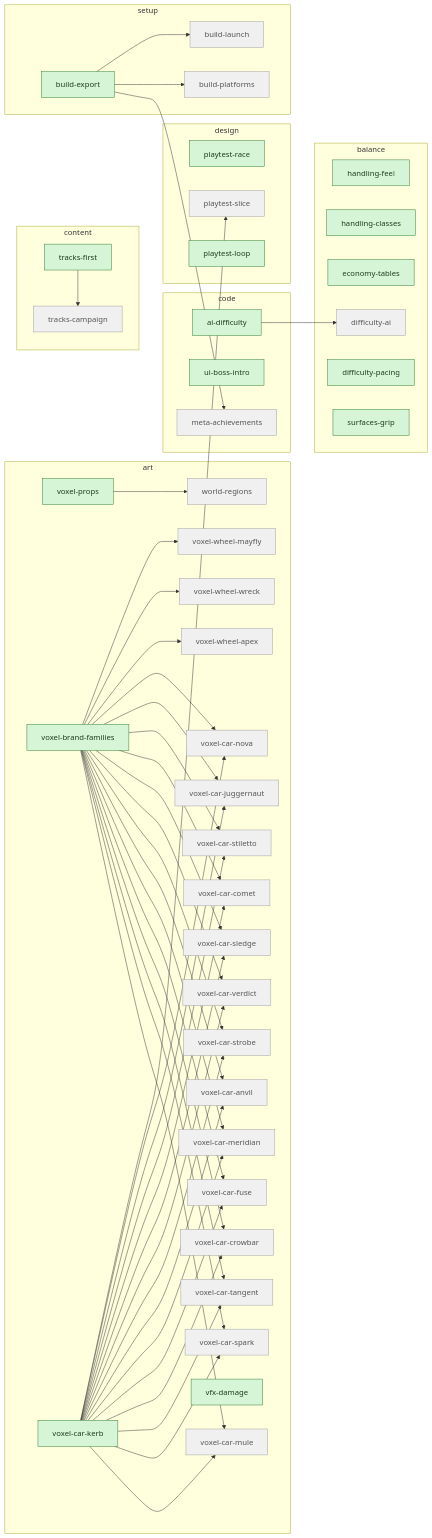
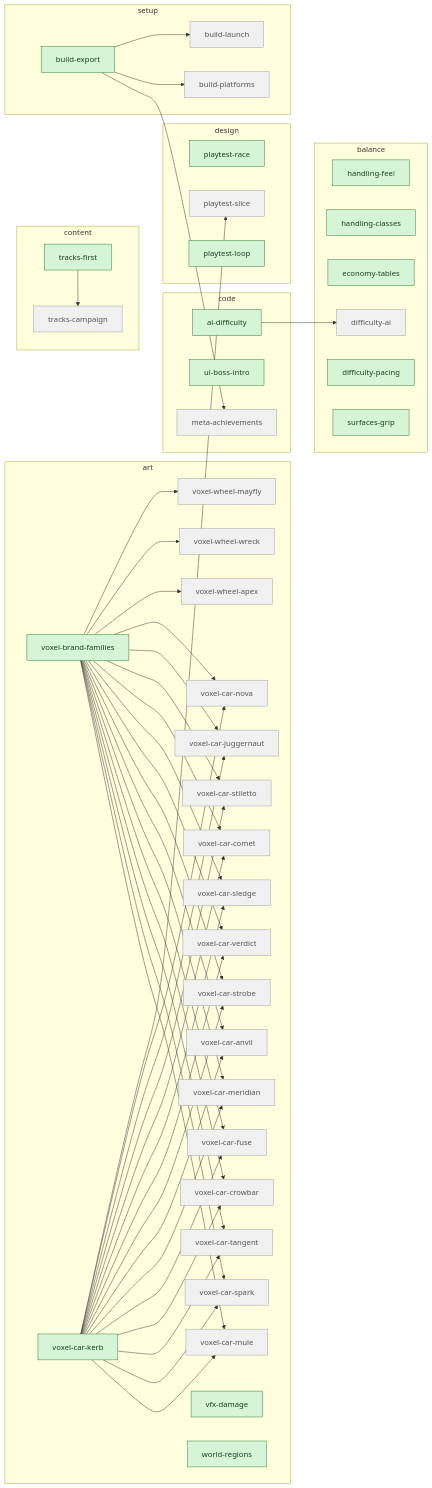
The third of 3 diagrams in STATUS.md (artemiiShabanov/RallyRivals), drawn with Mermaid before and after one commit. The commit also changed other lines of this file and 296 other files, not shown here.

````diff
--- a/STATUS.md
+++ b/STATUS.md
@@ -115,7 +114,6 @@
     code_meta_achievements["meta-achievements"]
   end
   subgraph art
-    art_voxel_props["voxel-props"]
     art_voxel_brand_families["voxel-brand-families"]
     art_voxel_car_kerb["voxel-car-kerb"]
     art_voxel_car_mule["voxel-car-mule"]
@@ -193,13 +191,12 @@
   art_voxel_brand_families --> art_voxel_wheel_apex
   art_voxel_brand_families --> art_voxel_wheel_wreck
   art_voxel_brand_families --> art_voxel_wheel_mayfly
-  art_voxel_props --> art_world_regions
   code_ai_difficulty --> balance_difficulty_ai
   art_voxel_car_kerb --> design_playtest_slice
   setup_build_export --> setup_build_platforms
   setup_build_export --> setup_build_launch
   classDef avail fill:#d6f5d6,stroke:#2e7d32,color:#1b3d1b;
   classDef blocked fill:#f0f0f0,stroke:#9e9e9e,color:#555;
-  class code_ai_difficulty,code_ui_boss_intro,content_tracks_first,art_voxel_props,art_voxel_brand_families,art_voxel_car_kerb,art_vfx_damage,balance_handling_feel,balance_handling_classes,balance_economy_tables,balance_difficulty_pacing,balance_surfaces_grip,design_playtest_race,design_playtest_loop,setup_build_export avail;
-  class code_meta_achievements,content_tracks_campaign,art_voxel_car_mule,art_voxel_car_spark,art_voxel_car_tangent,art_voxel_car_crowbar,art_voxel_car_fuse,art_voxel_car_meridian,art_voxel_car_anvil,art_voxel_car_strobe,art_voxel_car_verdict,art_voxel_car_sledge,art_voxel_car_comet,art_voxel_car_stiletto,art_voxel_car_juggernaut,art_voxel_car_nova,art_voxel_wheel_apex,art_voxel_wheel_wreck,art_voxel_wheel_mayfly,art_world_regions,balance_difficulty_ai,design_playtest_slice,setup_build_platforms,setup_build_launch blocked;
+  class code_ai_difficulty,code_ui_boss_intro,content_tracks_first,art_voxel_brand_families,art_voxel_car_kerb,art_vfx_damage,art_world_regions,balance_handling_feel,balance_handling_classes,balance_economy_tables,balance_difficulty_pacing,balance_surfaces_grip,design_playtest_race,design_playtest_loop,setup_build_export avail;
+  class code_meta_achievements,content_tracks_campaign,art_voxel_car_mule,art_voxel_car_spark,art_voxel_car_tangent,art_voxel_car_crowbar,art_voxel_car_fuse,art_voxel_car_meridian,art_voxel_car_anvil,art_voxel_car_strobe,art_voxel_car_verdict,art_voxel_car_sledge,art_voxel_car_comet,art_voxel_car_stiletto,art_voxel_car_juggernaut,art_voxel_car_nova,art_voxel_wheel_apex,art_voxel_wheel_wreck,art_voxel_wheel_mayfly,balance_difficulty_ai,design_playtest_slice,setup_build_platforms,setup_build_launch blocked;
 ```
````
